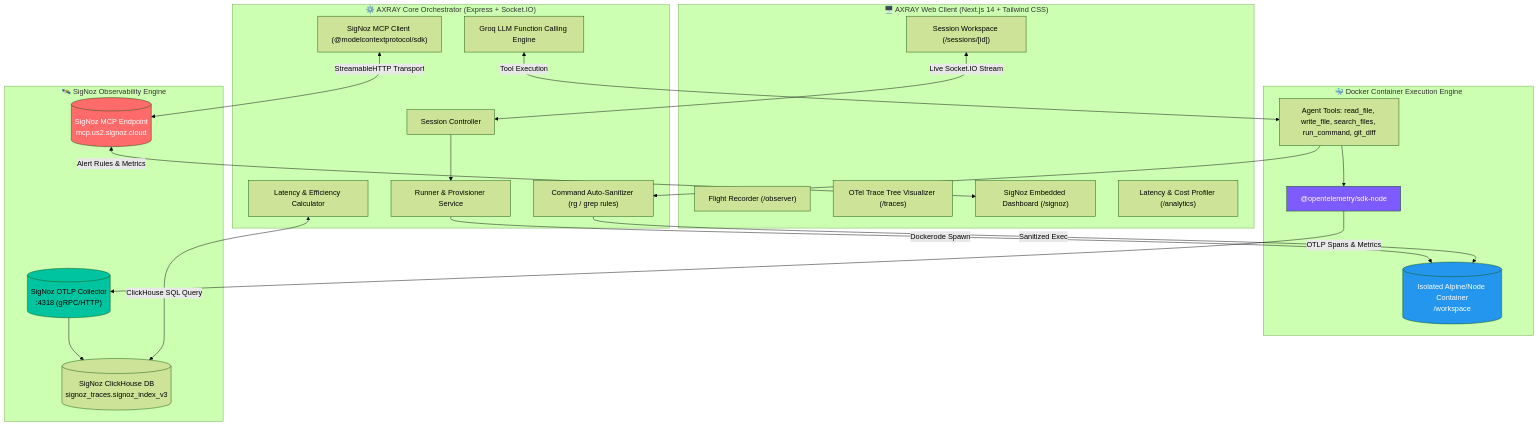
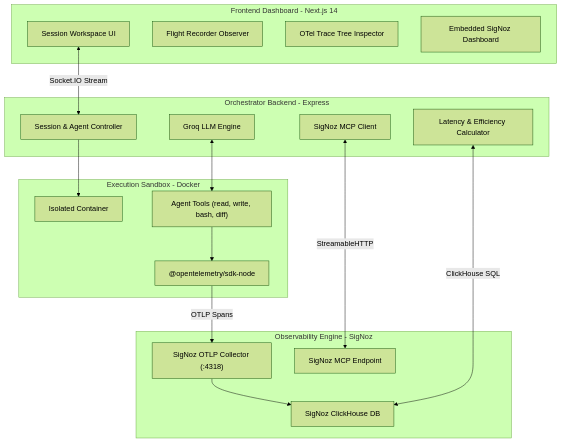
One commit to hussainjamal760/axray-signoz changed the fourth of 4 diagrams in README.md. Above: the diagram before and after it, drawn with Mermaid (forest theme). The commit also changed other lines of this file, not shown here.

````diff
--- a/README.md
+++ b/README.md
@@ -279,49 +120,37 @@
 ```mermaid
 flowchart TD
-    subgraph Client ["🖥️ AXRAY Web Client (Next.js 14 + Tailwind CSS)"]
-        DASHBOARD["Session Workspace (/sessions/[id])"]
-        OBSERVER["Flight Recorder (/observer)"]
-        TRACES_UI["OTel Trace Tree Visualizer (/traces)"]
-        SIGNOZ_PANEL["SigNoz Embedded Dashboard (/signoz)"]
-        ANALYTICS["Latency & Cost Profiler (/analytics)"]
+    subgraph Client ["Frontend Dashboard - Next.js 14"]
+        UI["Session Workspace UI"]
+        OBS["Flight Recorder Observer"]
+        TR["OTel Trace Tree Inspector"]
+        SIG["Embedded SigNoz Dashboard"]
     end
 
-    subgraph Server ["⚙️ AXRAY Core Orchestrator (Express + Socket.IO)"]
-        SESSION_CTRL["Session Controller"]
-        RUNNER["Runner & Provisioner Service"]
-        AGENT_ENGINE["Groq LLM Function Calling Engine"]
-        LATENCY_ENGINE["Latency & Efficiency Calculator"]
-        SIGNOZ_MCP["SigNoz MCP Client (@modelcontextprotocol/sdk)"]
-        SANITY["Command Auto-Sanitizer (rg / grep rules)"]
+    subgraph Server ["Orchestrator Backend - Express"]
+        CTRL["Session & Agent Controller"]
+        ENGINE["Groq LLM Engine"]
+        MCP_CLIENT["SigNoz MCP Client"]
+        LATENCY["Latency & Efficiency Calculator"]
     end
 
-    subgraph Sandbox ["🐳 Docker Container Execution Engine"]
-        CONTAINER[("Isolated Alpine/Node Container<br/>/workspace")]
-        TOOLS["Agent Tools: read_file, write_file, search_files, run_command, git_diff"]
-        OTEL_SDK["@opentelemetry/sdk-node"]
+    subgraph Sandbox ["Execution Sandbox - Docker"]
+        CONTAINER["Isolated Container"]
+        TOOLS["Agent Tools (read, write, bash, diff)"]
+        OTEL["@opentelemetry/sdk-node"]
     end
 
-    subgraph Observability ["🛰️ SigNoz Observability Engine"]
-        COLLECTOR[("SigNoz OTLP Collector<br/>:4318 (gRPC/HTTP)")]
-        CLICKHOUSE[("SigNoz ClickHouse DB<br/>signoz_traces.signoz_index_v3")]
-        SIGNOZ_MCP_SERVER[("SigNoz MCP Endpoint<br/>mcp.us2.signoz.cloud")]
+    subgraph Observability ["Observability Engine - SigNoz"]
+        COLLECTOR["SigNoz OTLP Collector (:4318)"]
+        CLICKHOUSE["SigNoz ClickHouse DB"]
+        MCP_SERVER["SigNoz MCP Endpoint"]
     end
 
-    DASHBOARD <-->|Live Socket.IO Stream| SESSION_CTRL
-    SESSION_CTRL --> RUNNER
-    RUNNER -->|Dockerode Spawn| CONTAINER
-    AGENT_ENGINE <-->|Tool Execution| TOOLS
-    TOOLS --> SANITY
-    SANITY -->|Sanitized Exec| CONTAINER
-    TOOLS --> OTEL_SDK
-    OTEL_SDK -->|OTLP Spans & Metrics| COLLECTOR
+    UI <-->|Socket.IO Stream| CTRL
+    CTRL --> CONTAINER
+    ENGINE <--> TOOLS
+    TOOLS --> OTEL
+    OTEL -->|OTLP Spans| COLLECTOR
     COLLECTOR --> CLICKHOUSE
-    SIGNOZ_MCP <-->|StreamableHTTP Transport| SIGNOZ_MCP_SERVER
-    SIGNOZ_MCP_SERVER <-->|Alert Rules & Metrics| SIGNOZ_PANEL
-    LATENCY_ENGINE <-->|ClickHouse SQL Query| CLICKHOUSE
-
-    style COLLECTOR fill:#00C49F,color:#000
-    style OTEL_SDK fill:#7c5cff,color:#fff
-    style SIGNOZ_MCP_SERVER fill:#FF6B6B,color:#fff
-    style CONTAINER fill:#2496ED,color:#fff
+    MCP_CLIENT <-->|StreamableHTTP| MCP_SERVER
+    LATENCY <-->|ClickHouse SQL| CLICKHOUSE
 ```
````
